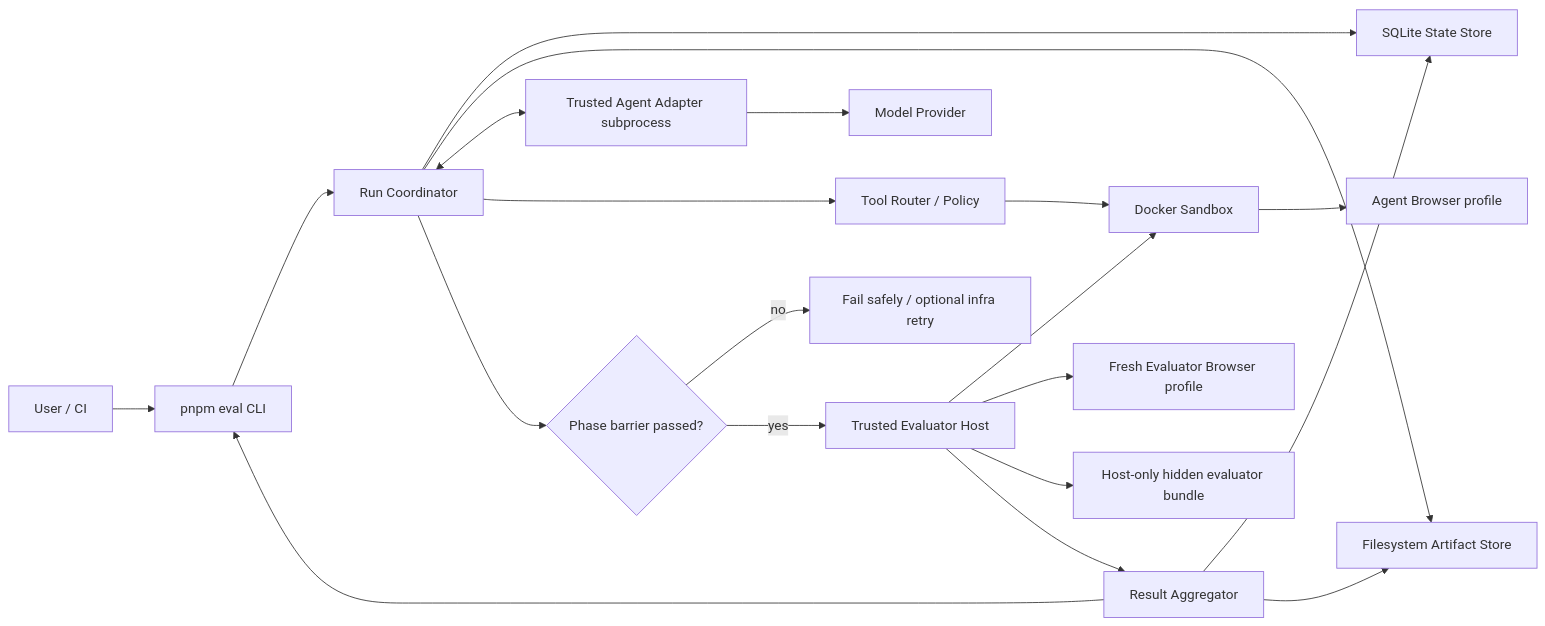
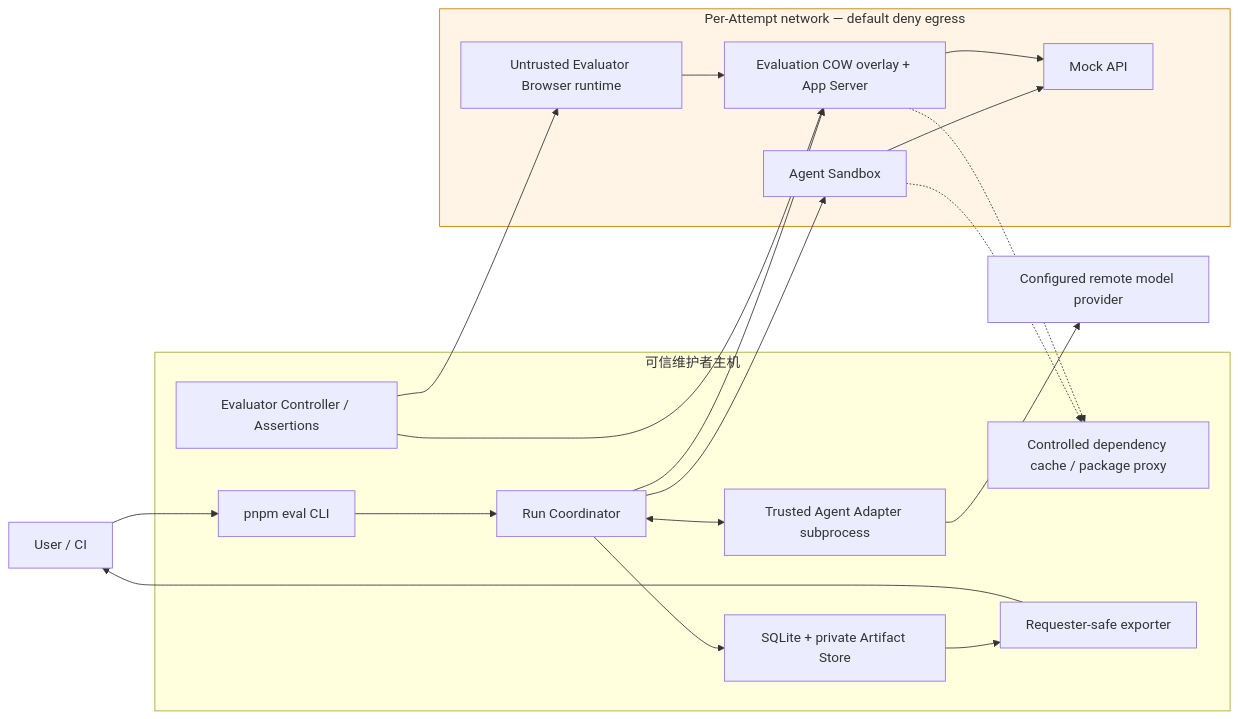
Before and after one commit to linghaoSu/fe-agent-benchmark: the first of 4 diagrams in .idea-to-ship/frontend-agent-benchmark/architecture.md, drawn with Mermaid. The commit also changed other lines of this file and 34 other files, not shown here.

````diff
--- a/.idea-to-ship/frontend-agent-benchmark/architecture.md
+++ b/.idea-to-ship/frontend-agent-benchmark/architecture.md
@@ -109,22 +122,32 @@
 ```mermaid
 flowchart LR
   U["User / CI"] --> CLI["pnpm eval CLI"]
-  CLI --> C["Run Coordinator"]
-  C --> DB["SQLite State Store"]
-  C --> FS["Filesystem Artifact Store"]
-  C <--> A["Trusted Agent Adapter subprocess"]
-  A --> M["Model Provider"]
-  C --> TR["Tool Router / Policy"]
-  TR --> S["Docker Sandbox"]
-  S --> AB["Agent Browser profile"]
-  C --> PB{"Phase barrier passed?"}
-  PB -->|no| STOP["Fail safely / optional infra retry"]
-  PB -->|yes| EH["Trusted Evaluator Host"]
-  EH --> S
-  EH --> EB["Fresh Evaluator Browser profile"]
-  EH --> H["Host-only hidden evaluator bundle"]
-  EH --> AGG["Result Aggregator"]
-  AGG --> DB
-  AGG --> FS
-  AGG --> CLI
+  subgraph TH["可信维护者主机"]
+    CLI --> C["Run Coordinator"]
+    C --> DB["SQLite + private Artifact Store"]
+    C <--> A["Trusted Agent Adapter subprocess"]
+    E["Evaluator Controller / Assertions"]
+    PX["Controlled dependency cache / package proxy"]
+    EX["Requester-safe exporter"]
+  end
+  MP["Configured remote model provider"]
+  subgraph AN["Per-Attempt network — default deny egress"]
+    SA["Agent Sandbox"]
+    SE["Evaluation COW overlay + App Server"]
+    MB["Mock API"]
+    EB["Untrusted Evaluator Browser runtime"]
+  end
+  A --> MP
+  C --> SA
+  C --> SE
+  SA -.-> PX
+  SE -.-> PX
+  SA --> MB
+  SE --> MB
+  E --> EB
+  E --> SE
+  EB --> SE
+  DB --> EX
+  EX --> U
+  style AN fill:#fff4e5,stroke:#c77d00
 ```
````
